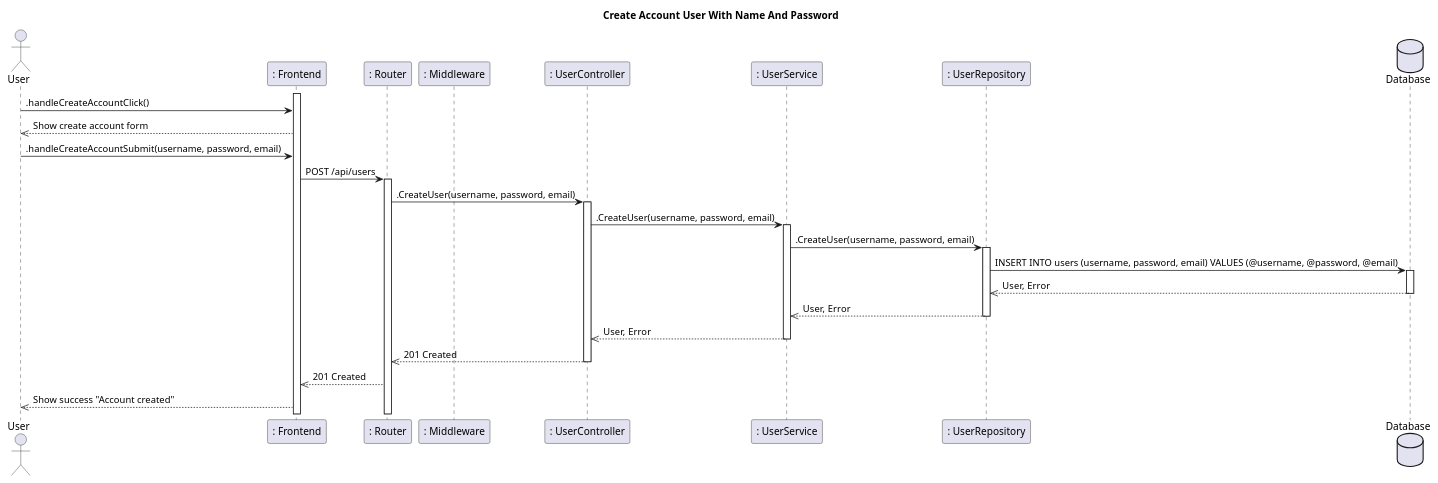
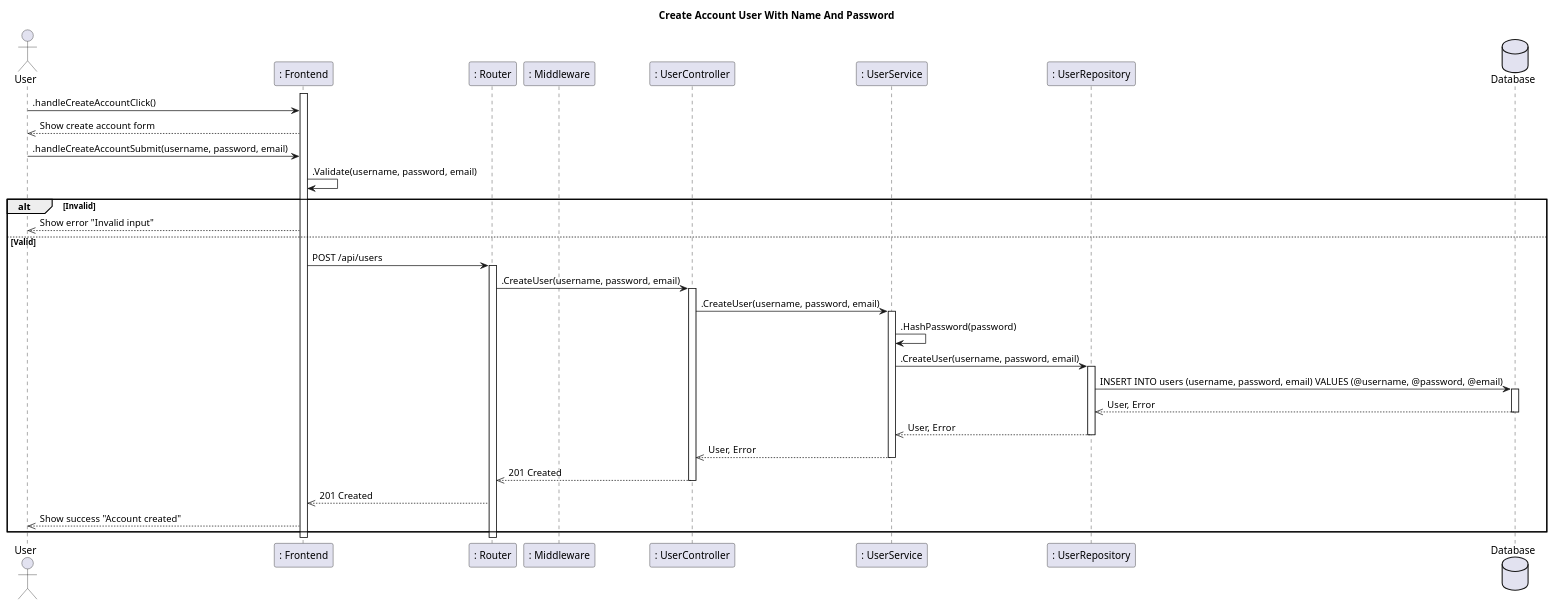
One commit to CS371-Project-Management/CS371-Sequence-Diagram changed the diagram in SD-Create-Account-User-With-Name-And-Password.puml. Above: the diagram before and after it, drawn with PlantUML.

Commit message:
feat: enhance account creation sequence diagram with input validation and password hashing

```diff
--- a/SD-Create-Account-User-With-Name-And-Password.puml
+++ b/SD-Create-Account-User-With-Name-And-Password.puml
@@ -1,42 +1,48 @@
 @startuml SequenceDiagram
 title Create Account User With Name And Password
 
 actor User
 participant ": Frontend" as Frontend
 participant ": Router" as Router
 participant ": Middleware" as Middleware
 
 participant ": UserController" as Controller
 participant ": UserService" as Service
 participant ": UserRepository" as Repository
 
 
 database Database
 activate Frontend
 
 User -> Frontend: .handleCreateAccountClick()
 Frontend -->> User: Show create account form
 
 User -> Frontend: .handleCreateAccountSubmit(username, password, email)
-Frontend -> Router: POST /api/users
-activate Router
+Frontend -> Frontend: .Validate(username, password, email)
+alt Invalid
+  Frontend -->> User: Show error "Invalid input"
+else Valid
+  Frontend -> Router: POST /api/users
+  activate Router
 
-Router -> Controller: .CreateUser(username, password, email)
-activate Controller
-Controller -> Service: .CreateUser(username, password, email)
-activate Service
-Service -> Repository: .CreateUser(username, password, email)
-activate Repository
-Repository -> Database: INSERT INTO users (username, password, email) VALUES (@username, @password, @email)
-activate Database
-Database -->> Repository: User, Error
-deactivate Database
-Repository -->> Service: User, Error
-deactivate Repository
-Service -->> Controller: User, Error
-deactivate Service
-Controller -->> Router: 201 Created
-deactivate Controller
-Router -->> Frontend: 201 Created
-Frontend -->> User: Show success "Account created"
+  Router -> Controller: .CreateUser(username, password, email)
+  activate Controller
+  Controller -> Service: .CreateUser(username, password, email)
+  activate Service
+  Service -> Service: .HashPassword(password)
+  Service -> Repository: .CreateUser(username, password, email)
+  activate Repository
+  Repository -> Database: INSERT INTO users (username, password, email) VALUES (@username, @password, @email)
+  activate Database
+  Database -->> Repository: User, Error
+  deactivate Database
+  Repository -->> Service: User, Error
+  deactivate Repository
+  Service -->> Controller: User, Error
+  deactivate Service
+  Controller -->> Router: 201 Created
+  deactivate Controller
+  Router -->> Frontend: 201 Created
+  Frontend -->> User: Show success "Account created"
+end
 @enduml
```
